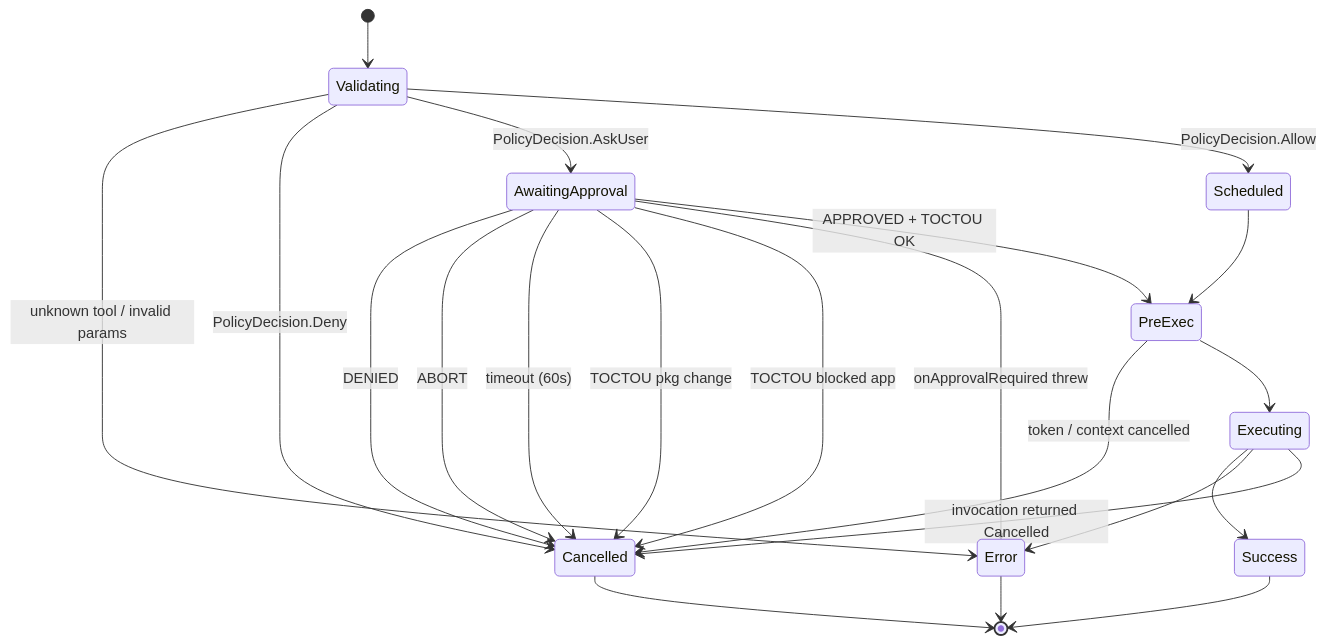
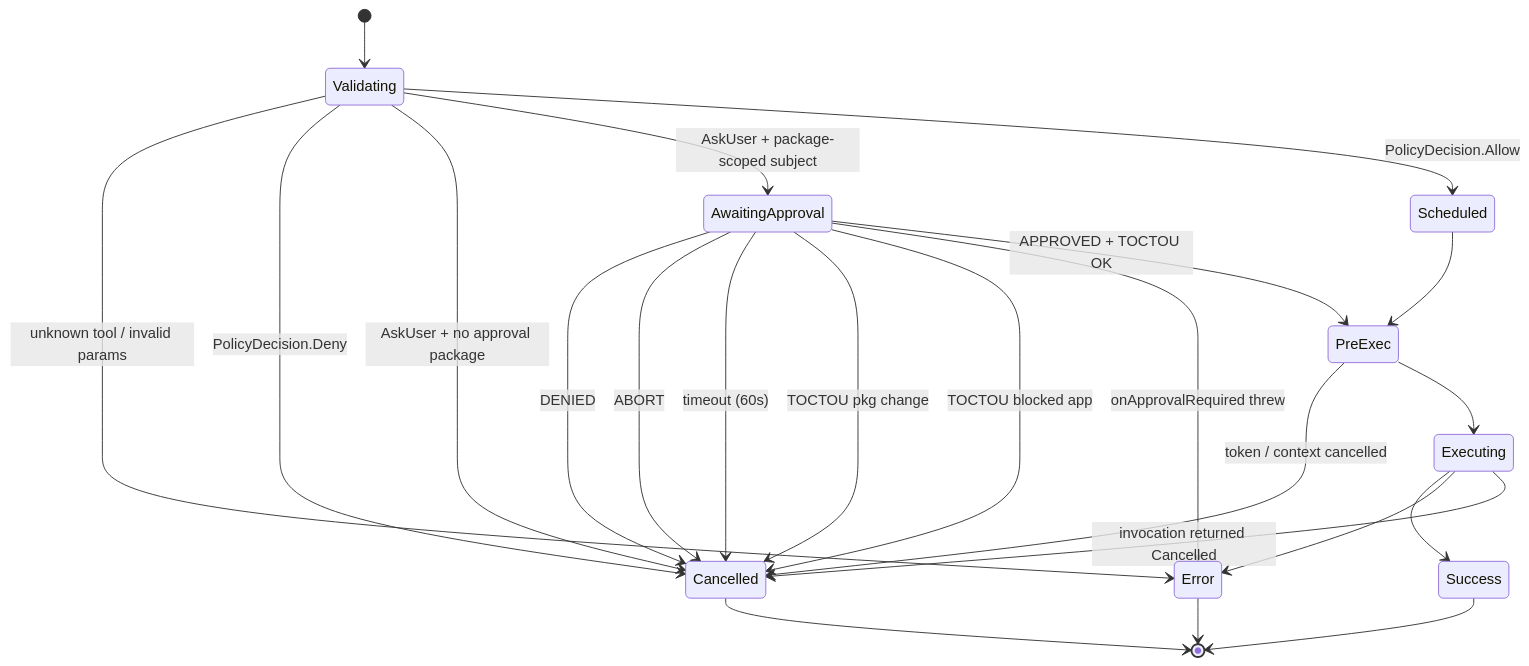
One commit to M0z41D/closepaw changed the diagram in doc/main/state_machines/tool_call.md. Above: the diagram before and after it, drawn with Mermaid. The commit also changed other lines of this file and 28 other files, not shown here.

````diff
--- a/doc/main/state_machines/tool_call.md
+++ b/doc/main/state_machines/tool_call.md
@@ -51,29 +52,30 @@
 ```mermaid
 stateDiagram-v2
     [*] --> Validating
 
     Validating --> Error: unknown tool / invalid params
     Validating --> Cancelled: PolicyDecision.Deny
-    Validating --> AwaitingApproval: PolicyDecision.AskUser
+    Validating --> Cancelled: AskUser + no approval package
+    Validating --> AwaitingApproval: AskUser + package-scoped subject
     Validating --> Scheduled: PolicyDecision.Allow
 
     AwaitingApproval --> Cancelled: DENIED
     AwaitingApproval --> Cancelled: ABORT
     AwaitingApproval --> Cancelled: timeout (60s)
     AwaitingApproval --> Cancelled: TOCTOU pkg change
     AwaitingApproval --> Cancelled: TOCTOU blocked app
     AwaitingApproval --> Error: onApprovalRequired threw
     AwaitingApproval --> PreExec: APPROVED + TOCTOU OK
 
     Scheduled --> PreExec
     PreExec --> Cancelled: token / context cancelled
     PreExec --> Executing
 
     Executing --> Success
     Executing --> Error
     Executing --> Cancelled: invocation returned Cancelled
 
     Success --> [*]
     Error --> [*]
     Cancelled --> [*]
 ```
````
